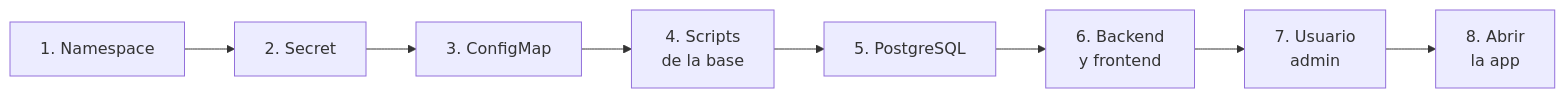
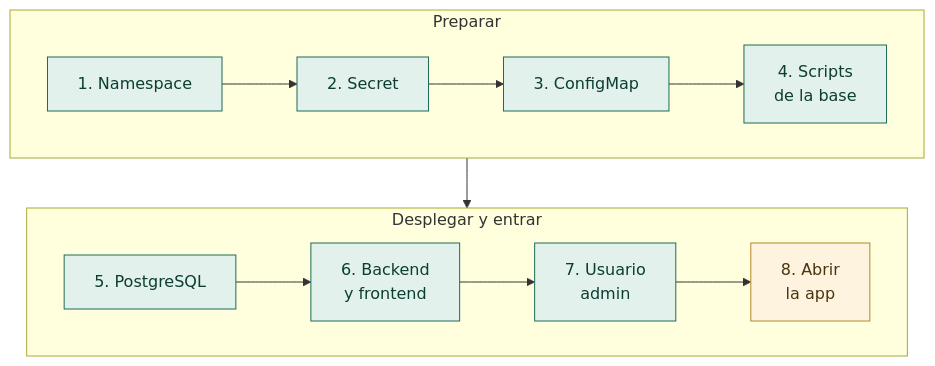
One commit to Restaurante-Tattoria-Bellavista/restaurante-italiano-software changed the third of 3 diagrams in k8s/README.md. Above: the diagram before and after it, drawn with Mermaid. The commit also changed other lines of this file, not shown here.

Commit message:
docs(HU-19): diagramas más claros en el README de Kubernetes

````diff
--- a/k8s/README.md
+++ b/k8s/README.md
@@ -138,5 +146,17 @@
 ```mermaid
-flowchart LR
-    P1["1. Namespace"] --> P2["2. Secret"] --> P3["3. ConfigMap"] --> P4["4. Scripts<br/>de la base"]
-    P4 --> P5["5. PostgreSQL"] --> P6["6. Backend<br/>y frontend"] --> P7["7. Usuario<br/>admin"] --> P8["8. Abrir<br/>la app"]
+flowchart TB
+    subgraph A["Preparar"]
+        direction LR
+        P1["1. Namespace"] --> P2["2. Secret"] --> P3["3. ConfigMap"] --> P4["4. Scripts<br/>de la base"]
+    end
+    subgraph B["Desplegar y entrar"]
+        direction LR
+        P5["5. PostgreSQL"] --> P6["6. Backend<br/>y frontend"] --> P7["7. Usuario<br/>admin"] --> P8["8. Abrir<br/>la app"]
+    end
+    A --> B
+
+    classDef paso fill:#e3f1ec,stroke:#1d6b57,color:#0b3d31
+    classDef final fill:#fdf3df,stroke:#b8862f,color:#4a3510
+    class P1,P2,P3,P4,P5,P6,P7 paso
+    class P8 final
 ```
````
